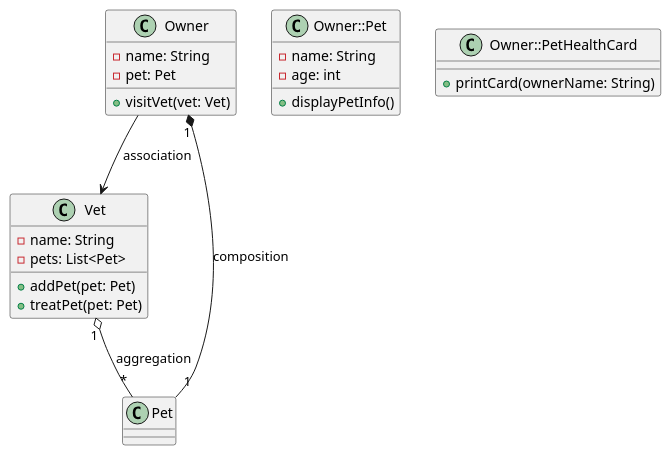
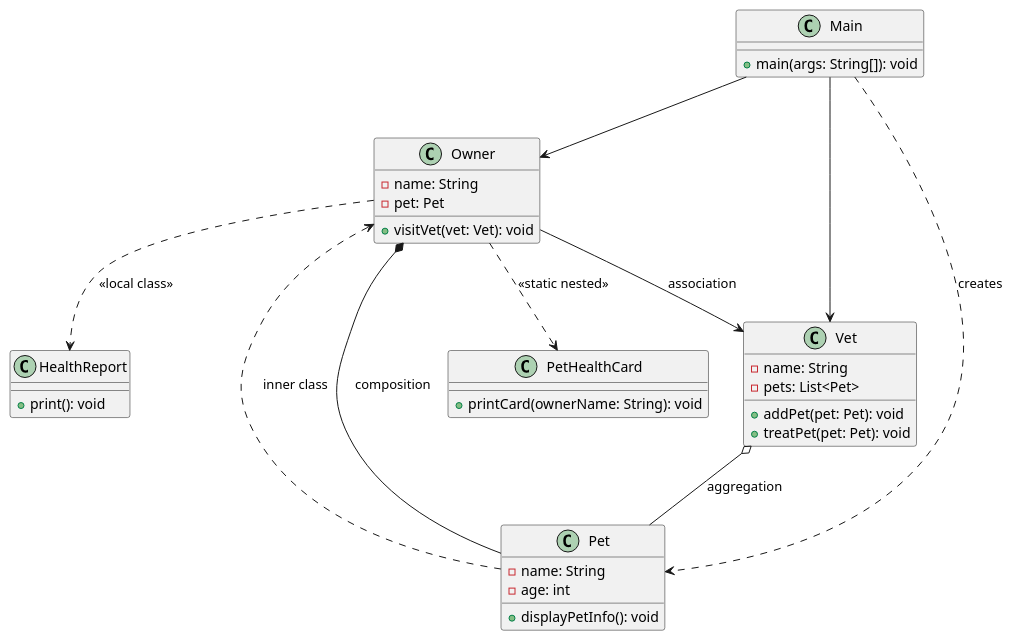
Before and after one commit to NoobPV24977/Lab-4: the diagram in src/diagram.puml, drawn with PlantUML. The commit also changed 2 other files, not shown here.

```diff
--- a/src/diagram.puml
+++ b/src/diagram.puml
@@ -1,28 +1,47 @@
 @startuml
-class Owner {
-  - name: String
-  - pet: Pet
-  + visitVet(vet: Vet)
+
+class Main {
+  +main(args: String[]): void
 }
 
-class Owner::Pet {
-  - name: String
-  - age: int
-  + displayPetInfo()
+class Owner {
+  -name: String
+  -pet: Pet
+  +visitVet(vet: Vet): void
 }
 
-class Owner::PetHealthCard {
-  + printCard(ownerName: String)
+class Pet {
+  -name: String
+  -age: int
+  +displayPetInfo(): void
+}
+
+class PetHealthCard {
+  +printCard(ownerName: String): void
 }
 
 class Vet {
-  - name: String
-  - pets: List<Pet>
-  + addPet(pet: Pet)
-  + treatPet(pet: Pet)
+  -name: String
+  -pets: List<Pet>
+  +addPet(pet: Pet): void
+  +treatPet(pet: Pet): void
 }
 
-Owner "1" *-- "1" Pet : composition
-Vet "1" o-- "*" Pet : aggregation
+class HealthReport {
+  +print(): void
+}
+
+' --- Зв'язки ---
+Main --> Owner
+Main --> Vet
+Main ..> Pet : creates
+
+Owner *-- Pet : composition
+Vet o-- Pet : aggregation
 Owner --> Vet : association
+Owner ..> HealthReport : <<local class>>
+Owner ..> PetHealthCard : <<static nested>>
+
+Pet ..> Owner : inner class
+
 @enduml
```
